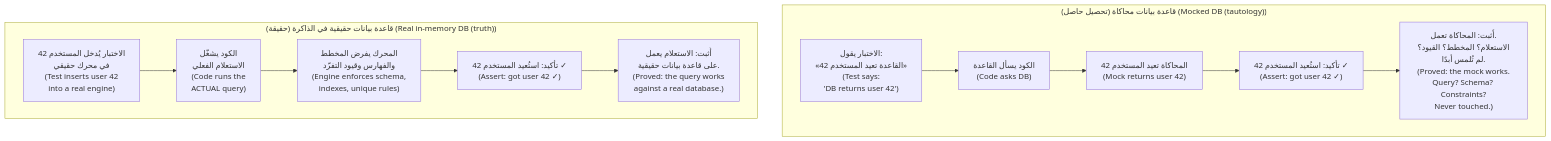
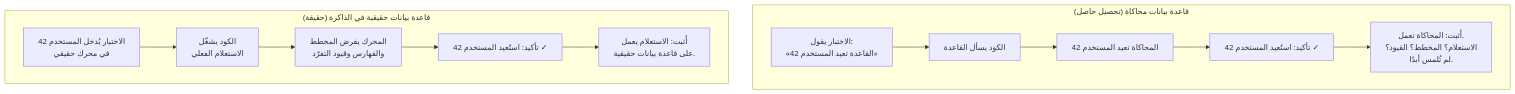
One commit to Tamoura/system-design-for-vibe-coders changed the second of 5 diagrams in modules/08-safety-nets/module.ar.md. Above: the diagram before and after it, drawn with Mermaid. The commit also changed other lines of this file and 551 other files, not shown here.

````diff
--- a/modules/08-safety-nets/module.ar.md
+++ b/modules/08-safety-nets/module.ar.md
@@ -212,15 +212,15 @@
 ```mermaid
 flowchart TD
-    subgraph fake["قاعدة بيانات محاكاة (تحصيل حاصل) (Mocked DB (tautology))"]
-        F1["الاختبار يقول:<br/>«القاعدة تعيد المستخدم 42»<br/>(Test says:<br/>'DB returns user 42')"] --> F2["الكود يسأل القاعدة<br/>(Code asks DB)"]
-        F2 --> F3["المحاكاة تعيد المستخدم 42<br/>(Mock returns user 42)"]
-        F3 --> F4["تأكيد: استُعيد المستخدم 42 ✓<br/>(Assert: got user 42 ✓)"]
-        F4 --> F5["أُثبت: المحاكاة تعمل.<br/>الاستعلام؟ المخطط؟ القيود؟<br/>لم تُلمس أبدًا.<br/>(Proved: the mock works.<br/>Query? Schema? Constraints?<br/>Never touched.)"]
+    subgraph fake["قاعدة بيانات محاكاة (تحصيل حاصل)"]
+        F1["الاختبار يقول:<br/>«القاعدة تعيد المستخدم 42»"] --> F2["الكود يسأل القاعدة"]
+        F2 --> F3["المحاكاة تعيد المستخدم 42"]
+        F3 --> F4["تأكيد: استُعيد المستخدم 42 ✓"]
+        F4 --> F5["أُثبت: المحاكاة تعمل.<br/>الاستعلام؟ المخطط؟ القيود؟<br/>لم تُلمس أبدًا."]
     end
-    subgraph real["قاعدة بيانات حقيقية في الذاكرة (حقيقة) (Real in-memory DB (truth))"]
-        R1["الاختبار يُدخل المستخدم 42<br/>في محرك حقيقي<br/>(Test inserts user 42<br/>into a real engine)"] --> R2["الكود يشغّل<br/>الاستعلام الفعلي<br/>(Code runs the<br/>ACTUAL query)"]
-        R2 --> R3["المحرك يفرض المخطط<br/>والفهارس وقيود التفرّد<br/>(Engine enforces schema,<br/>indexes, unique rules)"]
-        R3 --> R4["تأكيد: استُعيد المستخدم 42 ✓<br/>(Assert: got user 42 ✓)"]
-        R4 --> R5["أُثبت: الاستعلام يعمل<br/>على قاعدة بيانات حقيقية.<br/>(Proved: the query works<br/>against a real database.)"]
+    subgraph real["قاعدة بيانات حقيقية في الذاكرة (حقيقة)"]
+        R1["الاختبار يُدخل المستخدم 42<br/>في محرك حقيقي"] --> R2["الكود يشغّل<br/>الاستعلام الفعلي"]
+        R2 --> R3["المحرك يفرض المخطط<br/>والفهارس وقيود التفرّد"]
+        R3 --> R4["تأكيد: استُعيد المستخدم 42 ✓"]
+        R4 --> R5["أُثبت: الاستعلام يعمل<br/>على قاعدة بيانات حقيقية."]
     end
 ```
````
